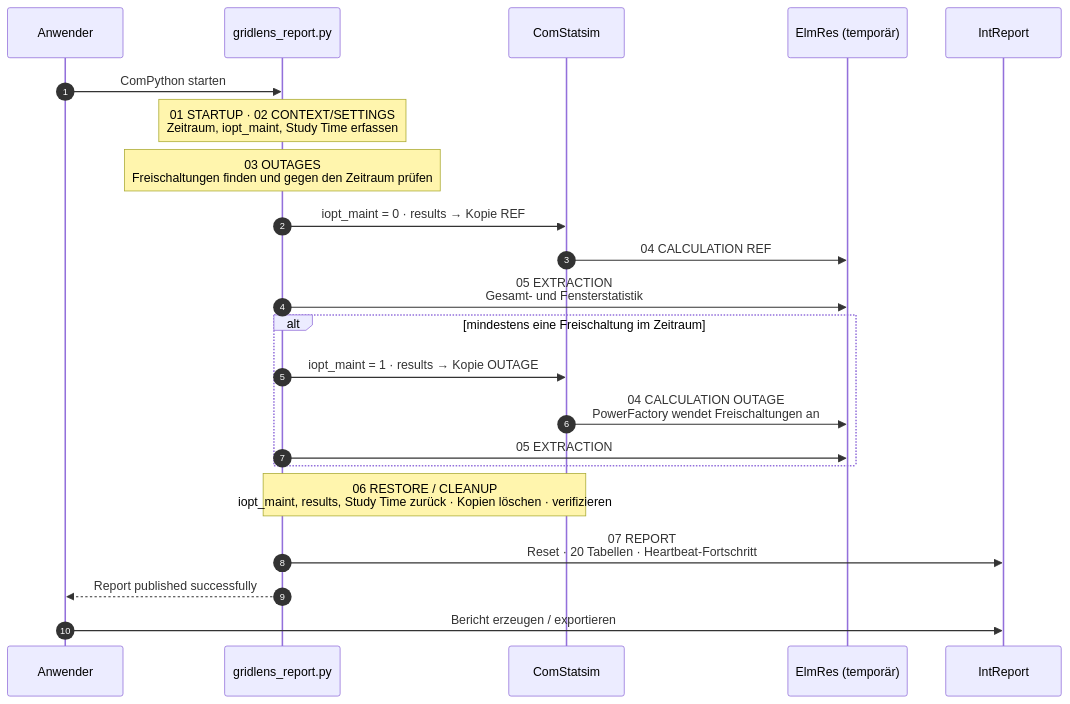
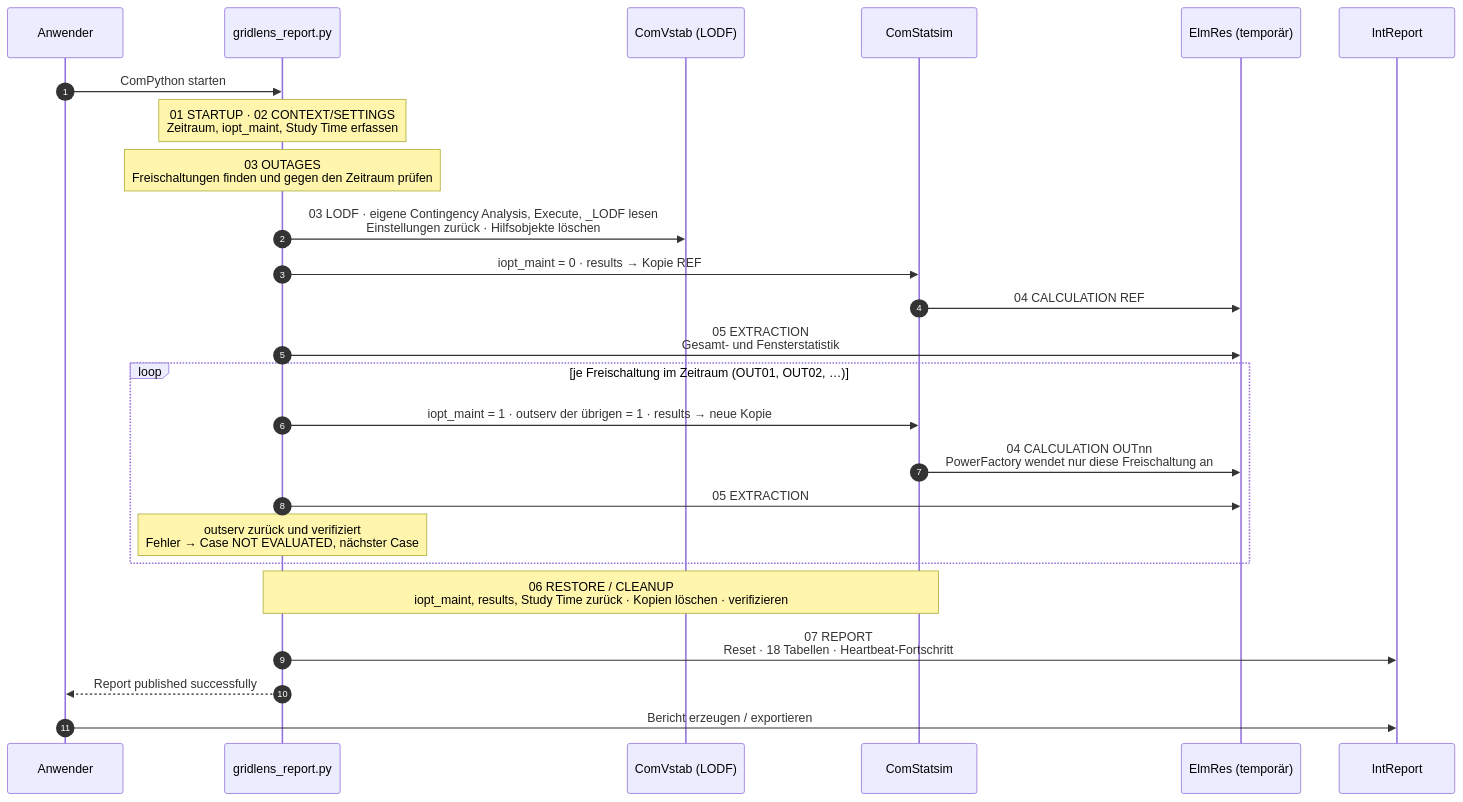
The second of 7 diagrams in BIG_PICTURE.md (hadiibrahim-Engin/gridlens-powerfactory), drawn with Mermaid before and after one commit. The commit also changed other lines of this file and 3 other files, not shown here.

````diff
--- a/BIG_PICTURE.md
+++ b/BIG_PICTURE.md
@@ -72,28 +74,31 @@
 ```mermaid
 sequenceDiagram
     autonumber
     participant U as Anwender
     participant GL as gridlens_report.py
+    participant V as ComVstab (LODF)
     participant Q as ComStatsim
     participant E as ElmRes (temporär)
     participant R as IntReport
 
     U->>GL: ComPython starten
     Note over GL: 01 STARTUP · 02 CONTEXT/SETTINGS<br/>Zeitraum, iopt_maint, Study Time erfassen
     Note over GL: 03 OUTAGES<br/>Freischaltungen finden und gegen den Zeitraum prüfen
+    GL->>V: 03 LODF · eigene Contingency Analysis, Execute, _LODF lesen<br/>Einstellungen zurück · Hilfsobjekte löschen
 
     GL->>Q: iopt_maint = 0 · results → Kopie REF
     Q->>E: 04 CALCULATION REF
     GL->>E: 05 EXTRACTION<br/>Gesamt- und Fensterstatistik
 
-    alt mindestens eine Freischaltung im Zeitraum
-        GL->>Q: iopt_maint = 1 · results → Kopie OUTAGE
-        Q->>E: 04 CALCULATION OUTAGE<br/>PowerFactory wendet Freischaltungen an
+    loop je Freischaltung im Zeitraum (OUT01, OUT02, …)
+        GL->>Q: iopt_maint = 1 · outserv der übrigen = 1 · results → neue Kopie
+        Q->>E: 04 CALCULATION OUTnn<br/>PowerFactory wendet nur diese Freischaltung an
         GL->>E: 05 EXTRACTION
+        Note over GL: outserv zurück und verifiziert<br/>Fehler → Case NOT EVALUATED, nächster Case
     end
 
     Note over GL,Q: 06 RESTORE / CLEANUP<br/>iopt_maint, results, Study Time zurück · Kopien löschen · verifizieren
-    GL->>R: 07 REPORT<br/>Reset · 20 Tabellen · Heartbeat-Fortschritt
+    GL->>R: 07 REPORT<br/>Reset · 18 Tabellen · Heartbeat-Fortschritt
     GL-->>U: Report published successfully
     U->>R: Bericht erzeugen / exportieren
 ```
````
